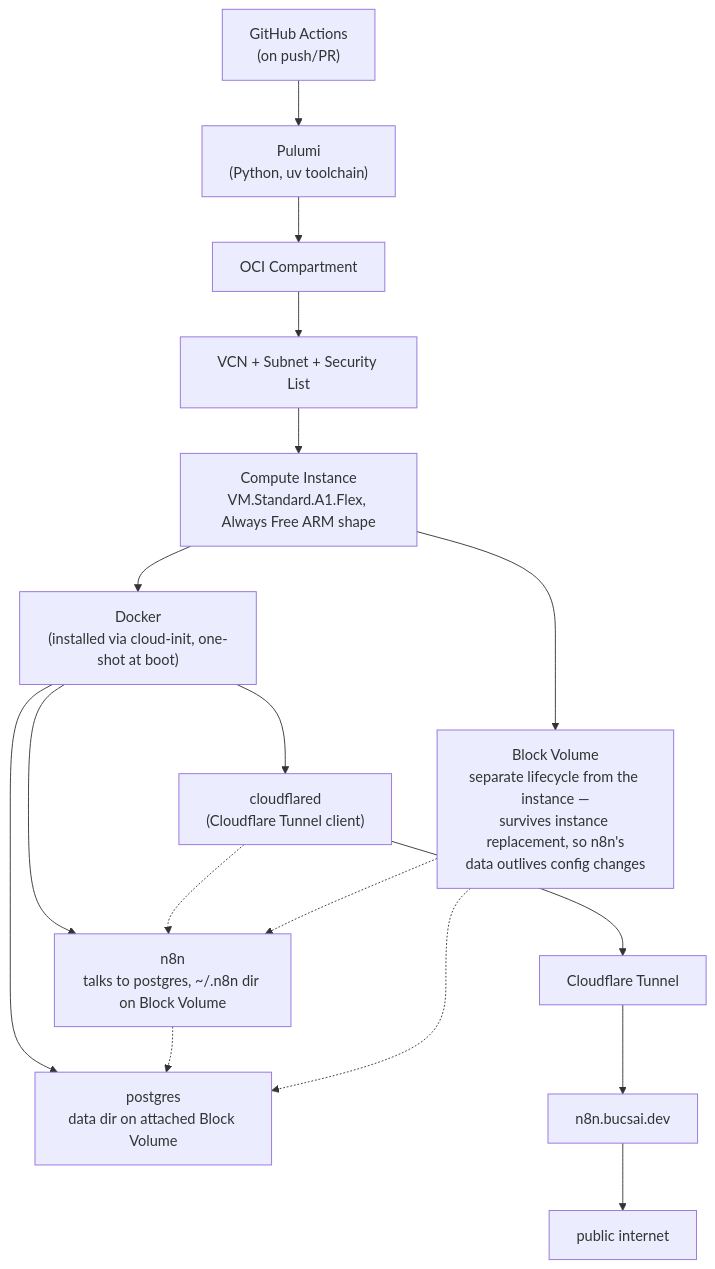
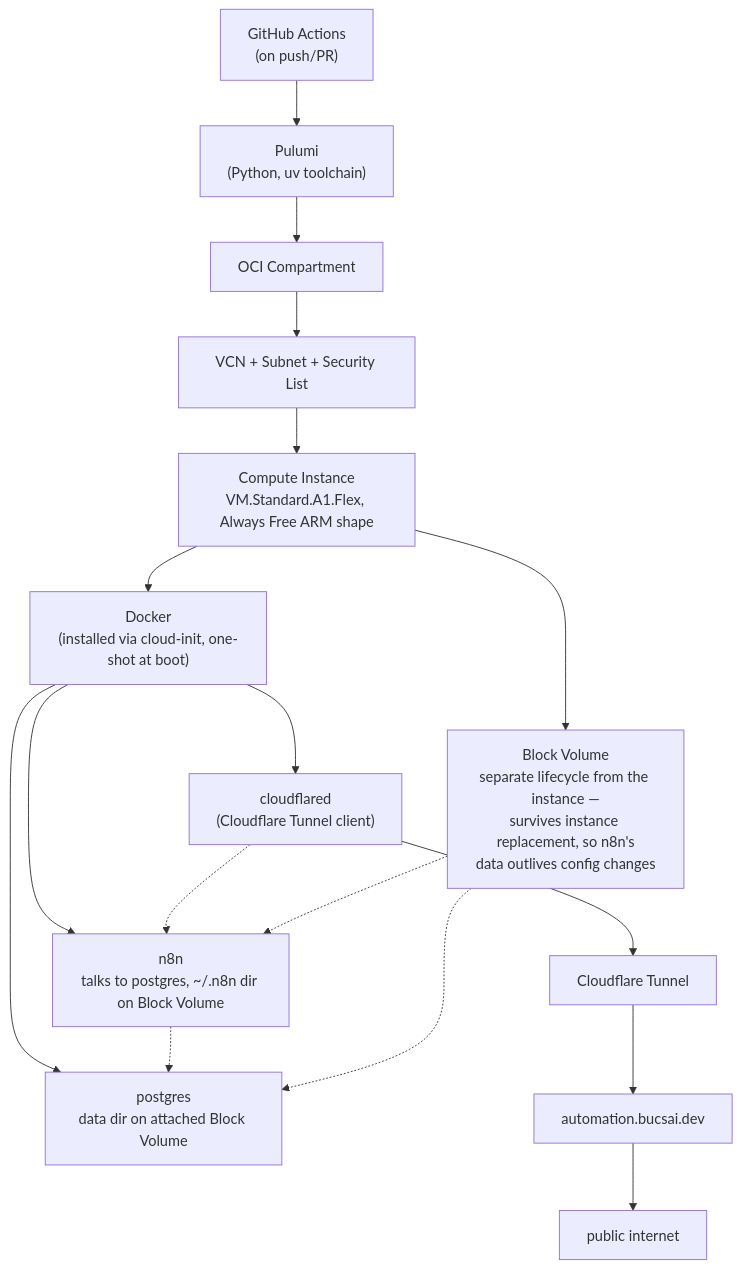
The diagram in README.md (bucsai/n8n-oci-gitops), drawn with Mermaid before and after one commit. The commit also changed other lines of this file and 1 other file, not shown here.

````diff
--- a/README.md
+++ b/README.md
@@ -15,20 +15,20 @@
 ```mermaid
 flowchart TD
     GHA["GitHub Actions<br/>(on push/PR)"] --> Pulumi["Pulumi<br/>(Python, uv toolchain)"]
     Pulumi --> Compartment["OCI Compartment"]
     Compartment --> Net["VCN + Subnet + Security List"]
     Net --> Instance["Compute Instance<br/>VM.Standard.A1.Flex, Always Free ARM shape"]
 
     Instance --> Docker["Docker<br/>(installed via cloud-init, one-shot at boot)"]
     Docker --> Postgres["postgres<br/>data dir on attached Block Volume"]
     Docker --> N8N["n8n<br/>talks to postgres, ~/.n8n dir on Block Volume"]
     Docker --> Cloudflared["cloudflared<br/>(Cloudflare Tunnel client)"]
 
     N8N -.-> Postgres
     Cloudflared -.-> N8N
-    Cloudflared --> Tunnel["Cloudflare Tunnel"] --> DNS["n8n.bucsai.dev"] --> Internet["public internet"]
+    Cloudflared --> Tunnel["Cloudflare Tunnel"] --> DNS["automation.bucsai.dev"] --> Internet["public internet"]
 
     Instance --> Volume["Block Volume<br/>separate lifecycle from the instance —<br/>survives instance replacement, so n8n's<br/>data outlives config changes"]
     Volume -.-> Postgres
     Volume -.-> N8N
 ```
````
